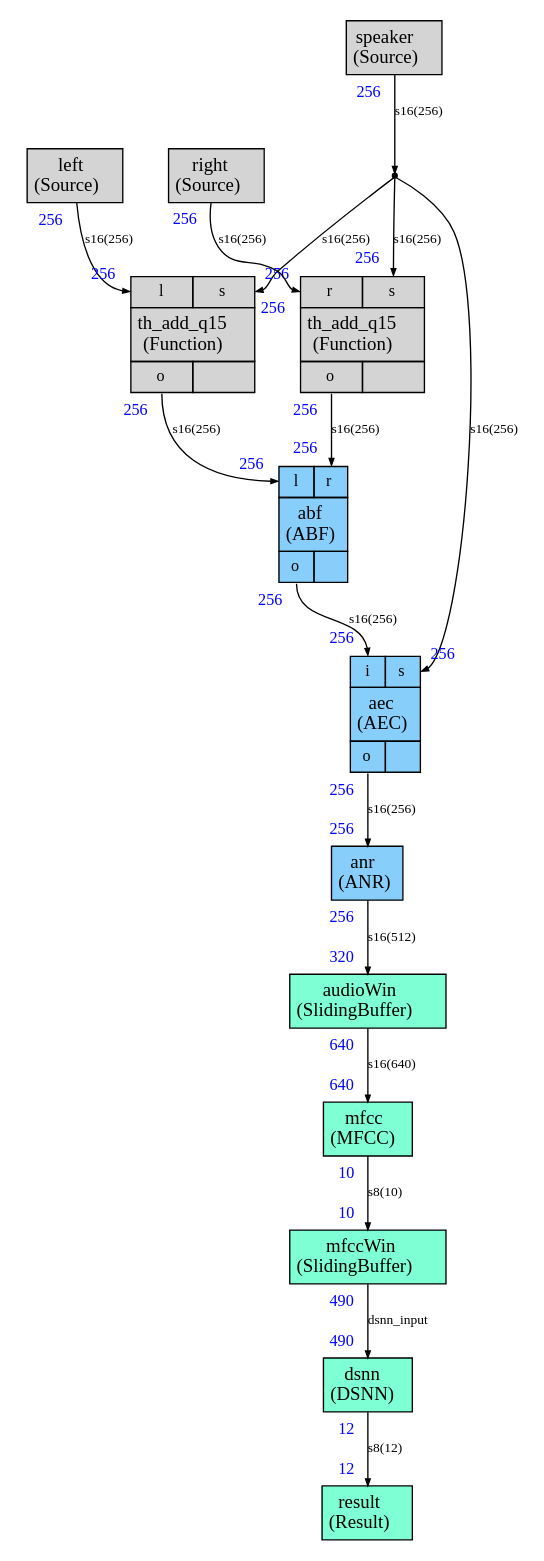
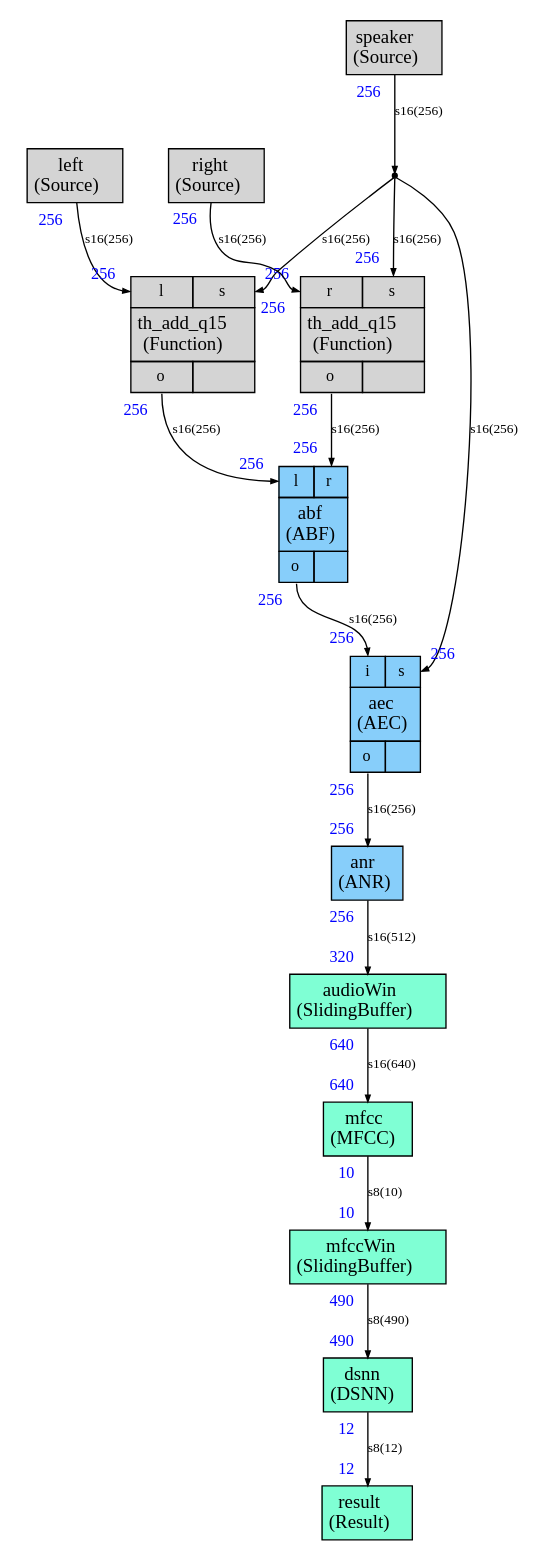
The diagram in src/cmsis_stream/audiomark.dot (christophe0606/audiomark), drawn with Graphviz before and after one commit. The commit also changed 16 other files, not shown here.

Commit message:
Corrected problems introduced in previous commit. TFLite is not used so DSNN input buffer must be allocated by stream.

```diff
--- a/src/cmsis_stream/audiomark.dot
+++ b/src/cmsis_stream/audiomark.dot
@@ -193,7 +193,7 @@
 ,taillabel=<<TABLE BORDER="0" CELLPADDING="4"><TR><TD><FONT COLOR="blue" POINT-SIZE="12.0" >10</FONT>
 </TD></TR></TABLE>>]
 
-mfccWin:i -> dsnn:i [style="solid",color="black",fontsize="10.0",fontcolor="black",label=<dsnn_input>
+mfccWin:i -> dsnn:i [style="solid",color="black",fontsize="10.0",fontcolor="black",label=<s8(490)>
 ,headlabel=<<TABLE BORDER="0" CELLPADDING="4"><TR><TD><FONT COLOR="blue" POINT-SIZE="12.0" >490</FONT>
 </TD></TR></TABLE>>
 ,taillabel=<<TABLE BORDER="0" CELLPADDING="4"><TR><TD><FONT COLOR="blue" POINT-SIZE="12.0" >490</FONT>
```
